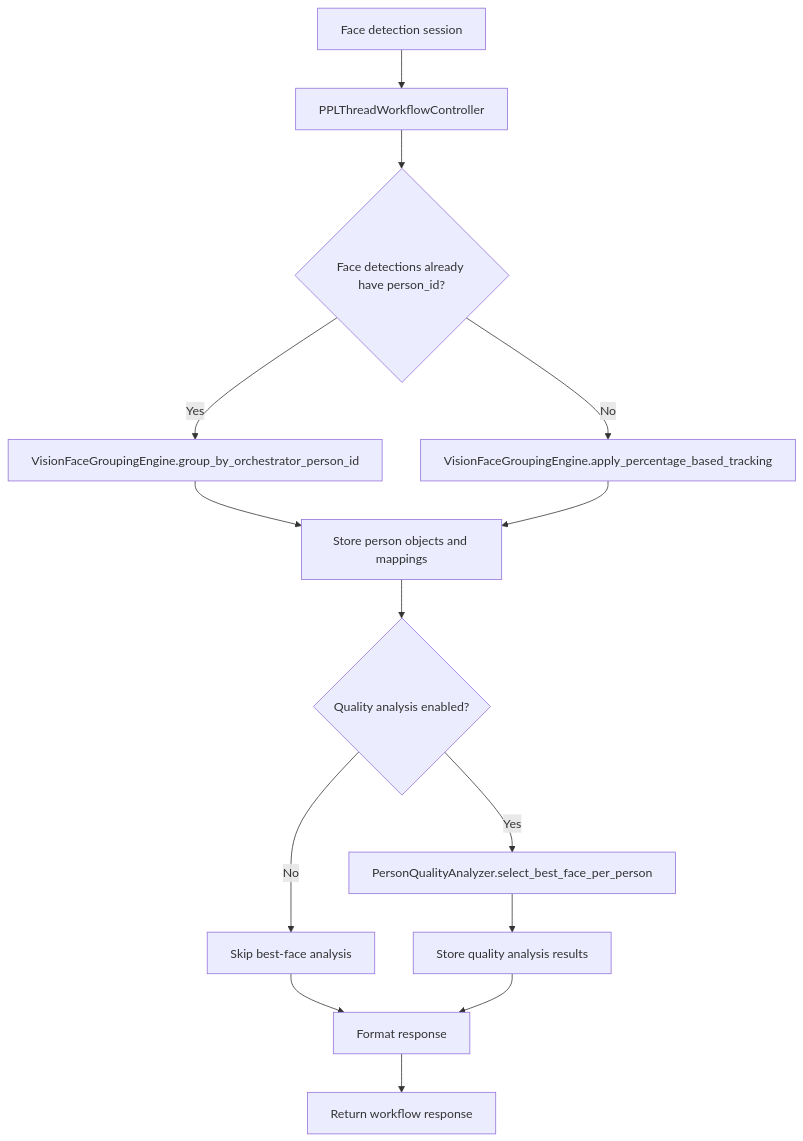
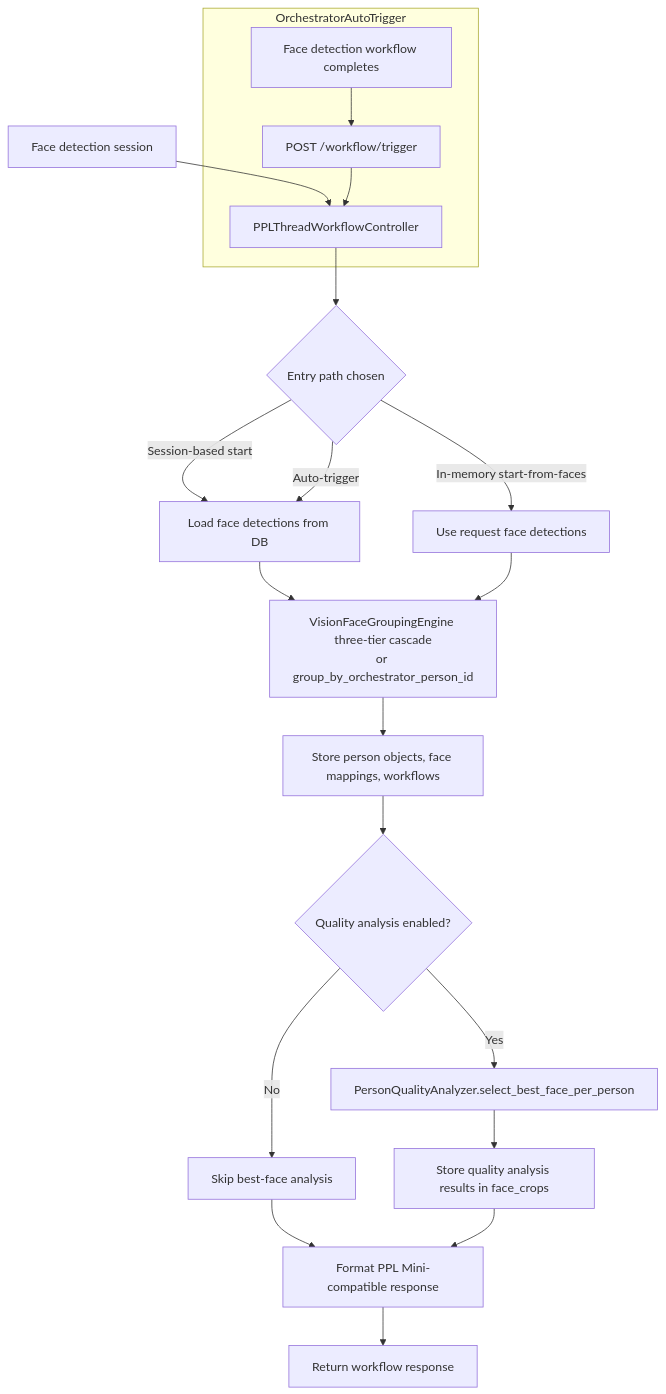
The diagram in docs/modules/person objects/Person Objects module.md (nickglezakos/ppl-meta-platform), drawn with Mermaid before and after one commit. The commit also changed other lines of this file and 9 other files, not shown here.

Commit message:
Three tier person grouping engine - Module Vrsion 2.4

````diff
--- a/docs/modules/person objects/Person Objects module.md
+++ b/docs/modules/person objects/Person Objects module.md
@@ -42,16 +68,22 @@
 ```mermaid
 flowchart TD
     A[Face detection session] --> B[PPLThreadWorkflowController]
-    B --> C{Face detections already have person_id?}
-    C -->|Yes| D[VisionFaceGroupingEngine.group_by_orchestrator_person_id]
-    C -->|No| E[VisionFaceGroupingEngine.apply_percentage_based_tracking]
-    D --> F[Store person objects and mappings]
+    subgraph OrchestratorAutoTrigger
+        Z[Face detection workflow completes] --> Y[POST /workflow/trigger]
+        Y --> B
+    end
+    B --> C{Entry path chosen}
+    C -->|Session-based start| D[Load face detections from DB]
+    C -->|In-memory start-from-faces| E[Use request face detections]
+    C -->|Auto-trigger| D
+    D --> F[VisionFaceGroupingEngine three-tier cascade<br/>or group_by_orchestrator_person_id]
     E --> F
-    F --> G{Quality analysis enabled?}
-    G -->|Yes| H[PersonQualityAnalyzer.select_best_face_per_person]
-    G -->|No| I[Skip best-face analysis]
-    H --> J[Store quality analysis results]
-    I --> K[Format response]
-    J --> K
-    K --> L[Return workflow response]
+    F --> G[Store person objects, face mappings, workflows]
+    G --> H{Quality analysis enabled?}
+    H -->|Yes| I[PersonQualityAnalyzer.select_best_face_per_person]
+    H -->|No| J[Skip best-face analysis]
+    I --> K[Store quality analysis results in face_crops]
+    J --> L[Format PPL Mini-compatible response]
+    K --> L
+    L --> M[Return workflow response]
 ```
````
